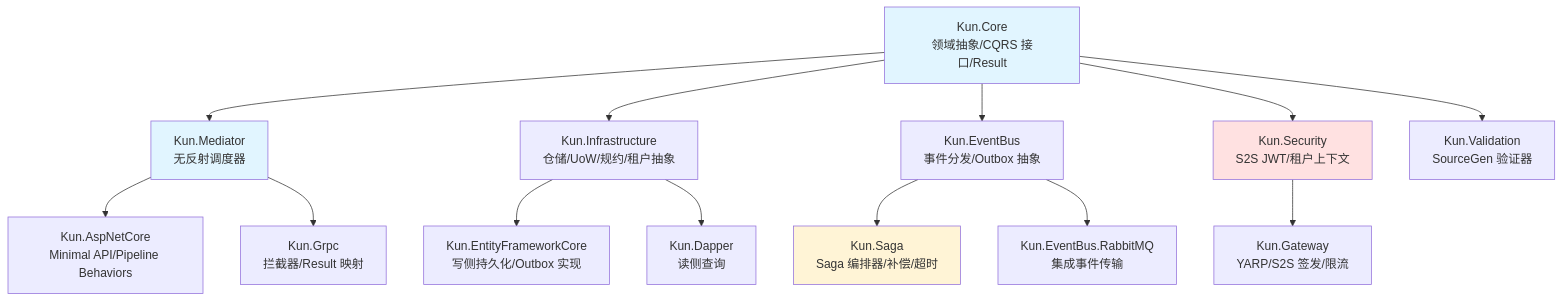
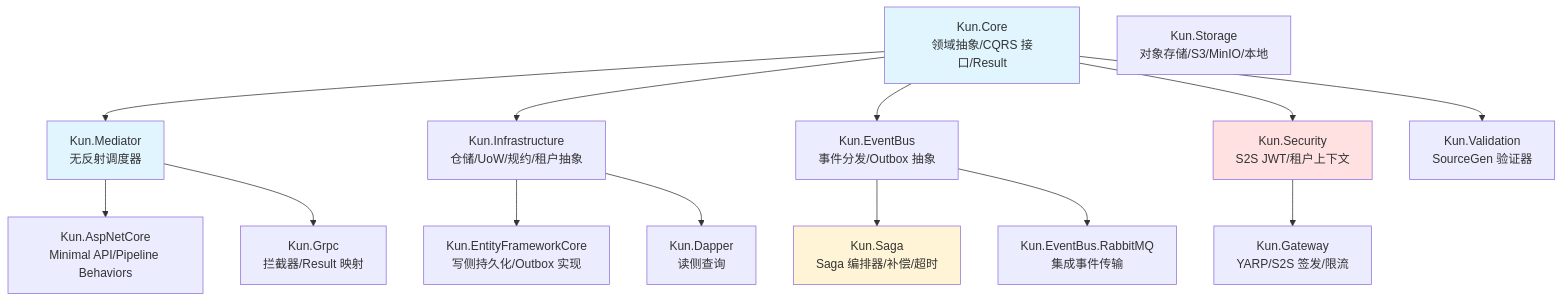
The diagram in docs/architecture/module-map.md (idadawn/kun), drawn with Mermaid before and after one commit. The commit also changed other lines of this file and 4 other files, not shown here.

````diff
--- a/docs/architecture/module-map.md
+++ b/docs/architecture/module-map.md
@@ -5,24 +5,26 @@
 ```mermaid
 graph TD
     Core[Kun.Core<br/>领域抽象/CQRS 接口/Result] --> Mediator[Kun.Mediator<br/>无反射调度器]
     Core --> Infra[Kun.Infrastructure<br/>仓储/UoW/规约/租户抽象]
     Core --> EventBus[Kun.EventBus<br/>事件分发/Outbox 抽象]
     Core --> Security[Kun.Security<br/>S2S JWT/租户上下文]
     Core --> Validation[Kun.Validation<br/>SourceGen 验证器]
 
     Infra --> EfCore[Kun.EntityFrameworkCore<br/>写侧持久化/Outbox 实现]
     Infra --> Dapper[Kun.Dapper<br/>读侧查询]
 
     EventBus --> Saga[Kun.Saga<br/>Saga 编排器/补偿/超时]
     EventBus --> RabbitMq[Kun.EventBus.RabbitMQ<br/>集成事件传输]
 
+    Storage[Kun.Storage<br/>对象存储/S3/MinIO/本地]
+
     Mediator --> AspNet[Kun.AspNetCore<br/>Minimal API/Pipeline Behaviors]
     Mediator --> Grpc[Kun.Grpc<br/>拦截器/Result 映射]
 
     Security --> Gateway[Kun.Gateway<br/>YARP/S2S 签发/限流]
 
     style Core fill:#e1f5ff
     style Mediator fill:#e1f5ff
     style Security fill:#ffe1e1
     style Saga fill:#fff4d6
 ```
````
